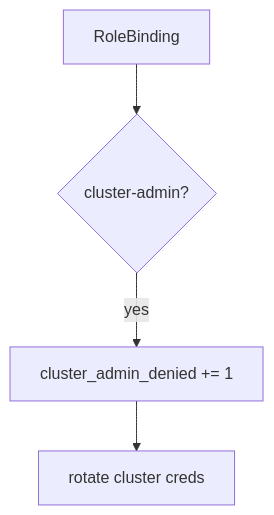
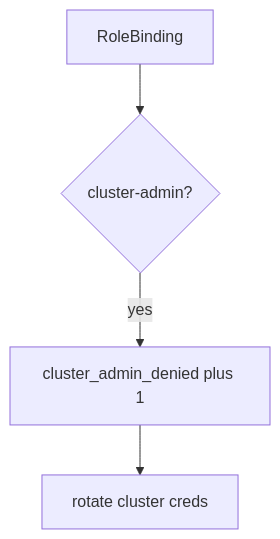
One commit to ishitvagoel/LearnSecurity changed the diagram in content/modules/10/10.3/lessons/06-operate.md. Above: the diagram before and after it, drawn with Mermaid. The commit also changed other lines of this file and 28 other files, not shown here.

````diff
--- a/content/modules/10/10.3/lessons/06-operate.md
+++ b/content/modules/10/10.3/lessons/06-operate.md
@@ -13,6 +13,6 @@
 ```mermaid
 flowchart TD
   Bind[RoleBinding] --> Role{cluster-admin?}
-  Role -->|yes| Metric["cluster_admin_denied += 1"]
+  Role -->|yes| Metric["cluster_admin_denied plus 1"]
   Metric --> Rotate[rotate cluster creds]
 ```
````
